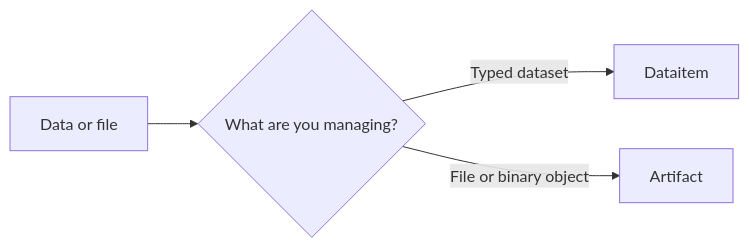
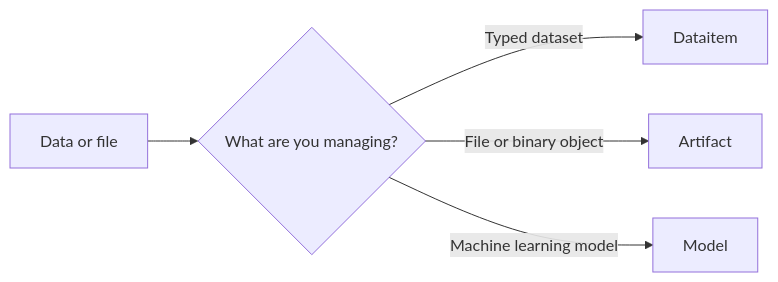
One commit to scc-digitalhub/docs changed the diagram in sdk/docs/explanations/data-and-artifacts.md. Above: the diagram before and after it, drawn with Mermaid. The commit also changed other lines of this file and 12 other files, not shown here.

````diff
--- a/sdk/docs/explanations/data-and-artifacts.md
+++ b/sdk/docs/explanations/data-and-artifacts.md
@@ -5,6 +6,7 @@
 ```mermaid
 flowchart LR
     input["Data or file"] --> decision{"What are you managing?"}
     decision -->|Typed dataset| dataitem["Dataitem"]
     decision -->|File or binary object| artifact["Artifact"]
+    decision -->|Machine learning model| model["Model"]
 ```
````
